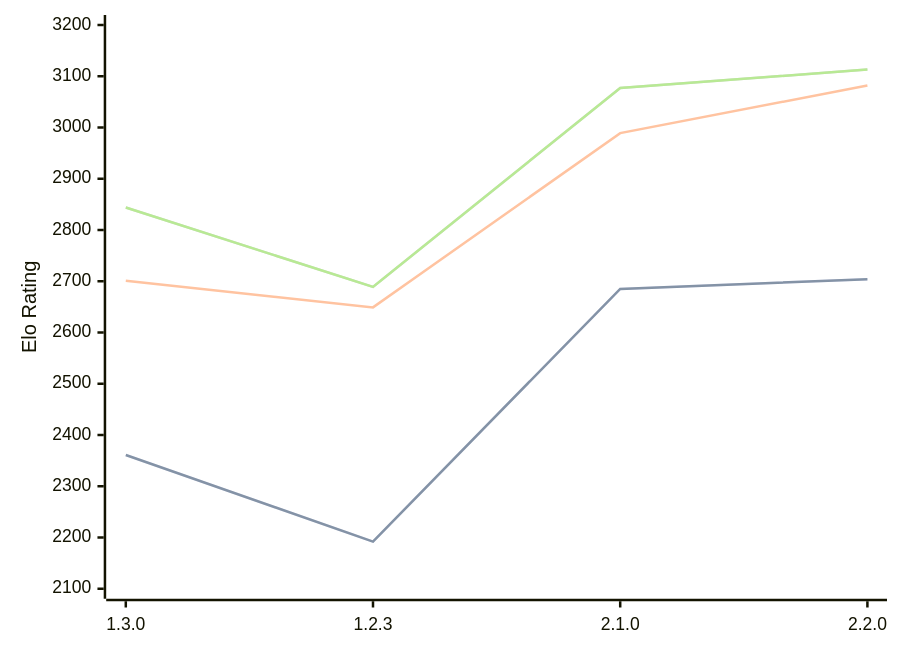
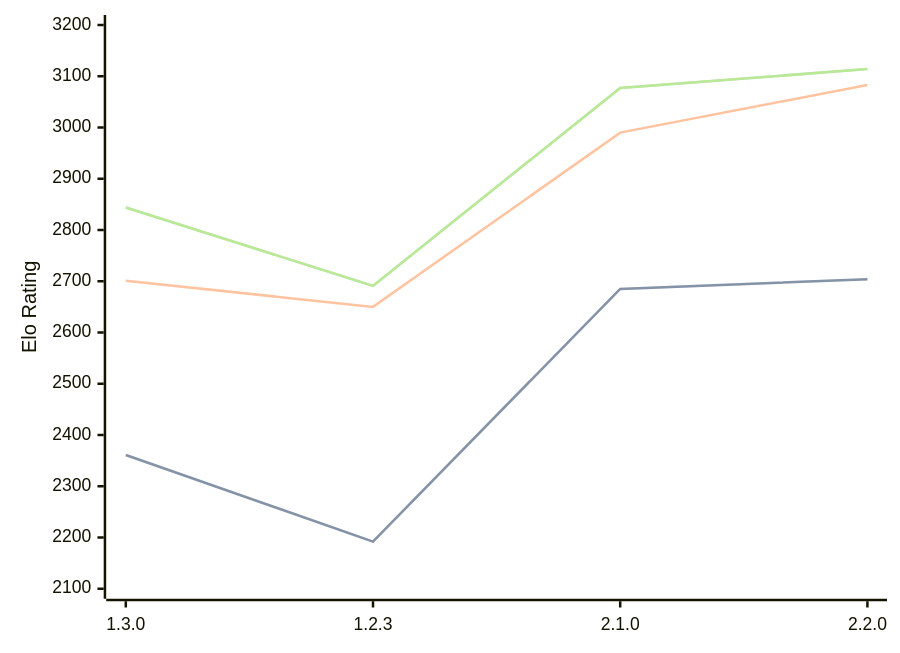
Before and after one commit to computer-chess-index/cci: the diagram in engines/Aspen.md, drawn with Mermaid. The commit also changed other lines of this file, not shown here.

Commit message:
Update CCI Ratings (ELO VLTC) - 2026-09-07

````diff
--- a/engines/Aspen.md
+++ b/engines/Aspen.md
@@ -43,11 +43,11 @@
 ```mermaid
 %%{init: {"theme":"base","themeVariables":{"seriesColors:['#a3a3a3','#222221','#faa371']}}}%%
 xychart-beta
   x-axis ["1.3.0", "1.2.3", "2.1.0", "2.2.0"]
   y-axis "Elo Rating" 2100 --> 3200
   line "" [2361, 2192, 2685, 2704]
   line "STC (8.0+0.08s)" [2361, 2192, 2685, 2704]
-  line "LTC (60.0+0.60s)" [2701, 2649, 2989, 3082]
-  line "" [2844, 2689, 3077, 3113]
-  line "VLTC (2m24s+1.12s)" [2844, 2689, 3077, 3113]
+  line "LTC (60.0+0.60s)" [2701, 2650, 2990, 3083]
+  line "" [2844, 2691, 3077, 3114]
+  line "VLTC (2m24s+1.12s)" [2844, 2691, 3077, 3114]
 ```
````
